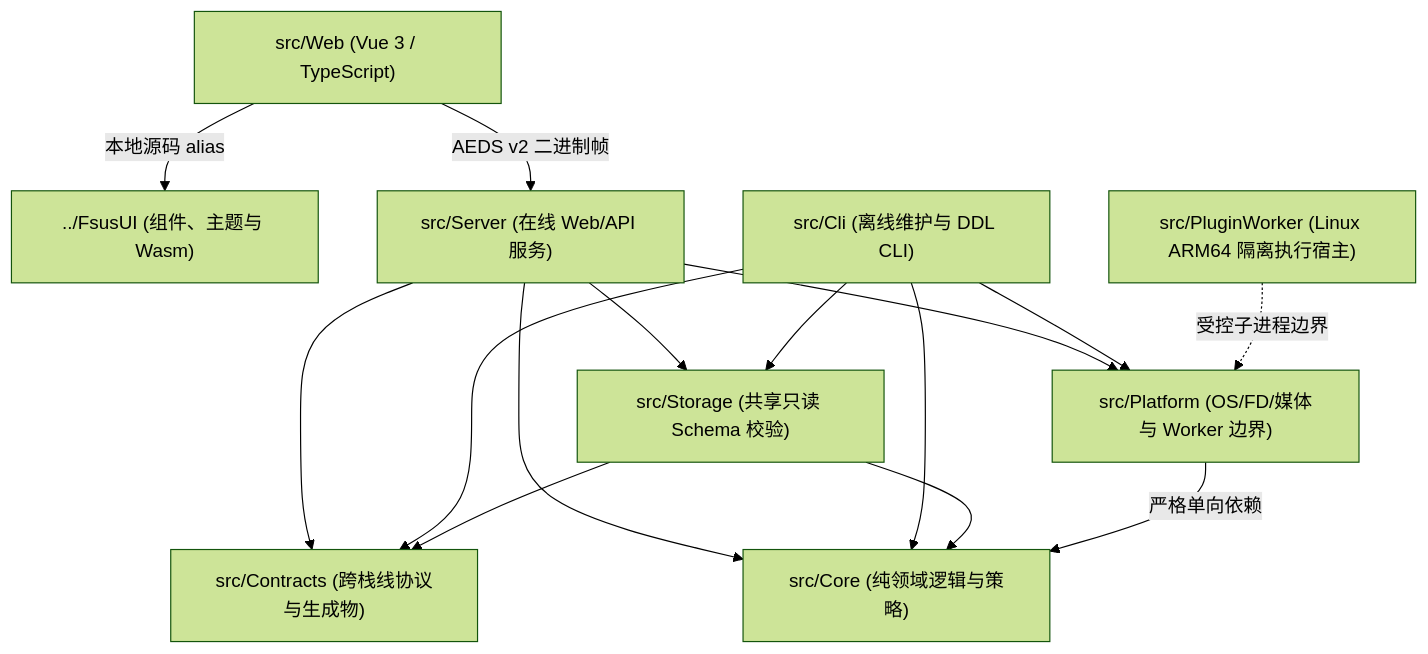
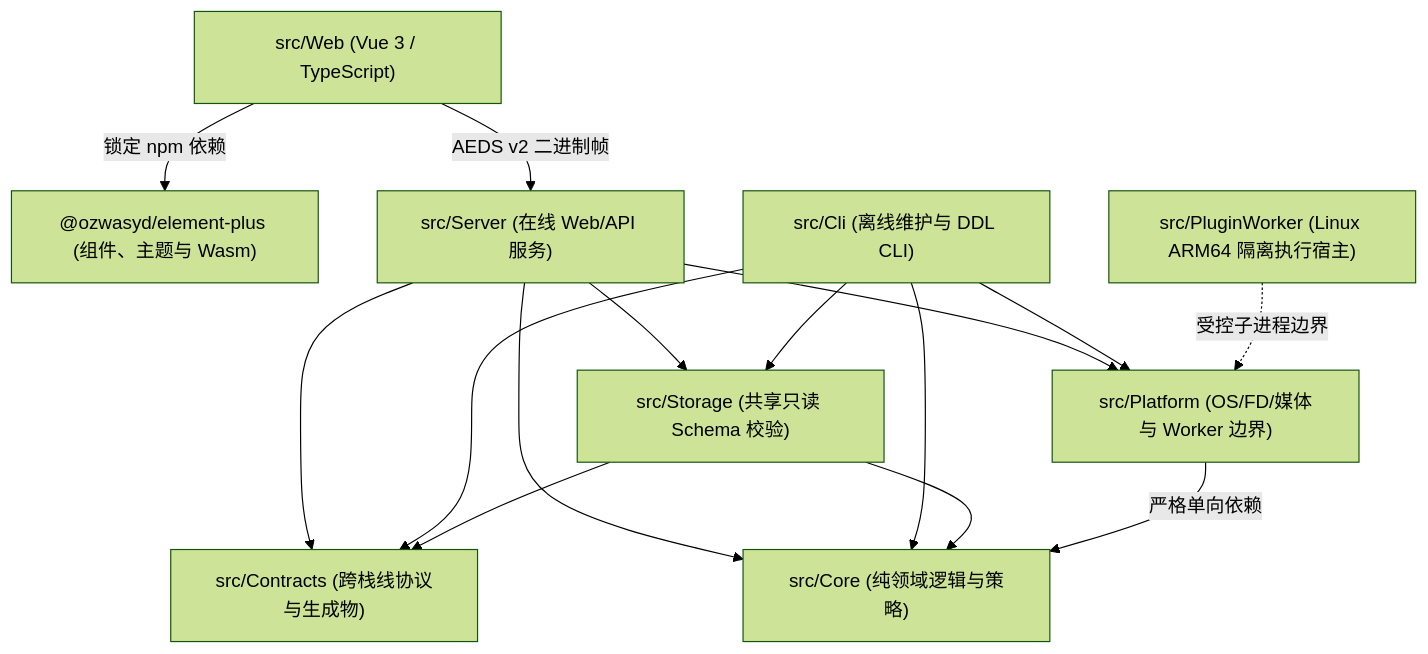
One commit to Ozwasyd/FsusBlog changed the first of 2 diagrams in docs/architecture/overview.md. Above: the diagram before and after it, drawn with Mermaid (forest theme). The commit also changed other lines of this file and 38 other files, not shown here.

Commit message:
Switch FsusUI integration to @ozwasyd/element-plus@1.6.0-preview.10 npm package and vendor C++ heading parser

````diff
--- a/docs/architecture/overview.md
+++ b/docs/architecture/overview.md
@@ -13,19 +13,19 @@
 ```mermaid
 flowchart TD
-    Web["src/Web (Vue 3 / TypeScript)"] -->|"本地源码 alias"| FsusUI["../FsusUI (组件、主题与 Wasm)"]
+    Web["src/Web (Vue 3 / TypeScript)"] -->|"锁定 npm 依赖"| FsusUI["@ozwasyd/element-plus (组件、主题与 Wasm)"]
     Web -->|"AEDS v2 二进制帧"| Server["src/Server (在线 Web/API 服务)"]
     Server --> Storage["src/Storage (共享只读 Schema 校验)"]
     Server --> Platform["src/Platform (OS/FD/媒体与 Worker 边界)"]
     Server --> Contracts["src/Contracts (跨栈线协议与生成物)"]
     Server --> Core["src/Core (纯领域逻辑与策略)"]
 
     Cli["src/Cli (离线维护与 DDL CLI)"] --> Storage
     Cli --> Platform
     Cli --> Contracts
     Cli --> Core
 
     Storage --> Contracts
     Storage --> Core
     Platform -->|"严格单向依赖"| Core
     PluginWorker["src/PluginWorker (Linux ARM64 隔离执行宿主)"] -.->|"受控子进程边界"| Platform
 ```
````
